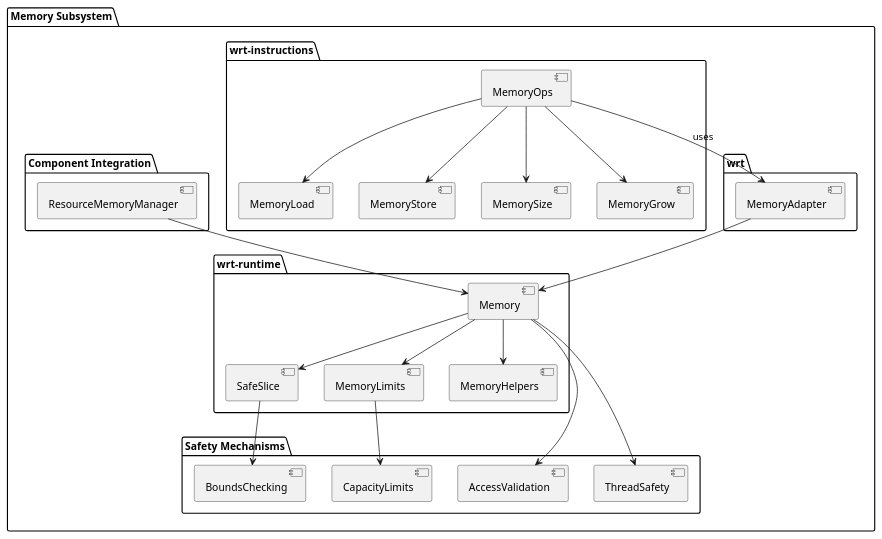
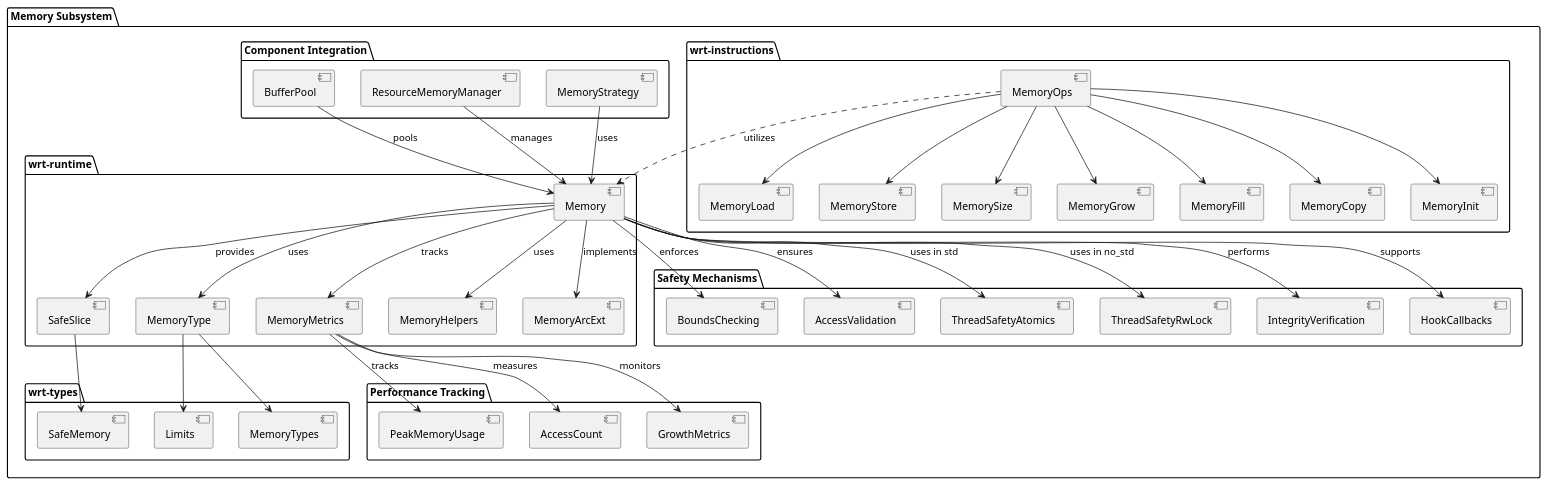
The diagram in docs/source/_static/memory_subsystem.puml (pulseengine/wrt), drawn with PlantUML before and after one commit. The commit also changed 239 other files, not shown here.

```diff
--- a/docs/source/_static/memory_subsystem.puml
+++ b/docs/source/_static/memory_subsystem.puml
@@ -1,55 +1,87 @@
 @startuml
 
 package "Memory Subsystem" {
   package "wrt-runtime" {
     [Memory] as Memory
     [SafeSlice] as SafeSlice
-    [MemoryLimits] as MemLimits
+    [MemoryType] as MemType
+    [MemoryMetrics] as MemMetrics
     [MemoryHelpers] as MemHelpers
+    [MemoryArcExt] as MemArcExt
     
-    Memory --> SafeSlice
-    Memory --> MemLimits
-    Memory --> MemHelpers
+    Memory --> SafeSlice : provides
+    Memory --> MemType : uses
+    Memory --> MemMetrics : tracks
+    Memory --> MemHelpers : uses
+    Memory --> MemArcExt : implements
   }
   
-  package "wrt" {
-    [MemoryAdapter] as MemAdapter
+  package "wrt-types" {
+    [Limits] as Limits
+    [MemoryTypes] as MemTypes
+    [SafeMemory] as SafeMem
     
-    MemAdapter --> Memory
+    MemType --> Limits
+    MemType --> MemTypes
+    SafeSlice --> SafeMem
   }
   
   package "wrt-instructions" {
     [MemoryOps] as MemOps
     [MemoryLoad] as MemLoad
     [MemoryStore] as MemStore
     [MemorySize] as MemSize
     [MemoryGrow] as MemGrow
+    [MemoryFill] as MemFill
+    [MemoryCopy] as MemCopy
+    [MemoryInit] as MemInit
     
     MemOps --> MemLoad
     MemOps --> MemStore
     MemOps --> MemSize
     MemOps --> MemGrow
+    MemOps --> MemFill
+    MemOps --> MemCopy
+    MemOps --> MemInit
     
-    MemOps --> MemAdapter : uses
+    MemOps -[dashed]-> Memory : utilizes
   }
   
   package "Safety Mechanisms" {
     [BoundsChecking] as BoundsCheck
     [AccessValidation] as AccessValid
-    [CapacityLimits] as CapLimits
-    [ThreadSafety] as ThreadSafety
+    [ThreadSafetyAtomics] as TsAtomics
+    [ThreadSafetyRwLock] as TsRwLock
+    [IntegrityVerification] as IntVerify
+    [HookCallbacks] as Hooks
     
-    SafeSlice --> BoundsCheck
-    Memory --> AccessValid
-    MemLimits --> CapLimits
-    Memory --> ThreadSafety
+    Memory --> BoundsCheck : enforces
+    Memory --> AccessValid : ensures
+    Memory --> TsAtomics : uses in std
+    Memory --> TsRwLock : uses in no_std
+    Memory --> IntVerify : performs
+    Memory --> Hooks : supports
   }
   
   package "Component Integration" {
     [ResourceMemoryManager] as ResMem
+    [MemoryStrategy] as MemStrategy
+    [BufferPool] as BufferPool
     
-    ResMem --> Memory
+    ResMem --> Memory : manages
+    MemStrategy --> Memory : uses
+    BufferPool --> Memory : pools
+  }
+  
+  package "Performance Tracking" {
+    [PeakMemoryUsage] as PeakUsage
+    [AccessCount] as AccessCount
+    [GrowthMetrics] as GrowthMetrics
+    
+    MemMetrics --> PeakUsage : tracks
+    MemMetrics --> AccessCount : measures
+    MemMetrics --> GrowthMetrics : monitors
   }
 }
 
 @enduml 
```
